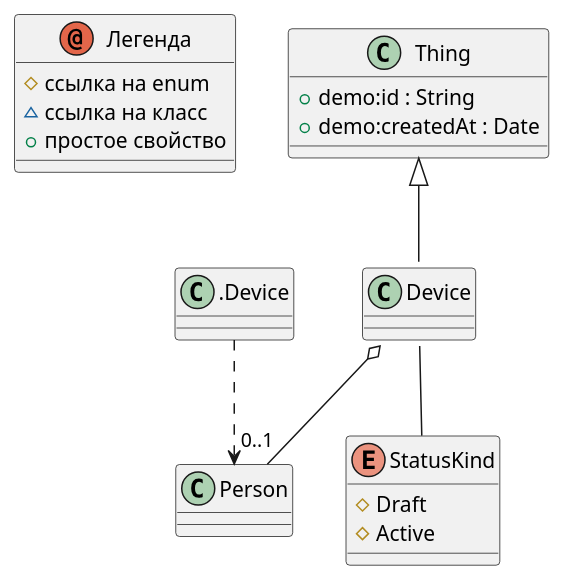
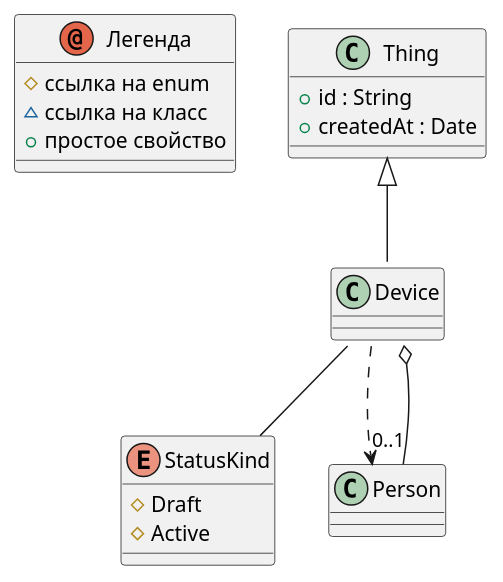
The diagram in Example2/output/entities/Device.md (simplepersonru/SimpleOntoDoc), drawn with PlantUML before and after one commit. The commit also changed 11 other files, not shown here.

````diff
--- a/Example2/output/entities/Device.md
+++ b/Example2/output/entities/Device.md
@@ -19,26 +19,26 @@
 ```plantuml
 @startuml
 skinparam groupInheritance 6
 set separator none
 annotation "Легенда" {
   #ссылка на enum
   ~ссылка на класс
   +простое свойство
 }
 class "Device" as demo.Device  
 enum "StatusKind" as demo.StatusKind  
 class "Person" as demo.Person  
 class "Thing" as demo.Thing  
-.Device ..> demo.Person
+demo.Device ..> demo.Person
 enum demo.StatusKind {
 #Draft
 #Active
 }
 demo.Device::status -- demo.StatusKind
 demo.Device::owner o--"0..1" demo.Person
 demo.Thing <|-down- demo.Device
-demo.Thing : +demo:id : String
-demo.Thing : +demo:createdAt : Date
+demo.Thing : +id : String
+demo.Thing : +createdAt : Date
 
 @enduml
 ```
````
